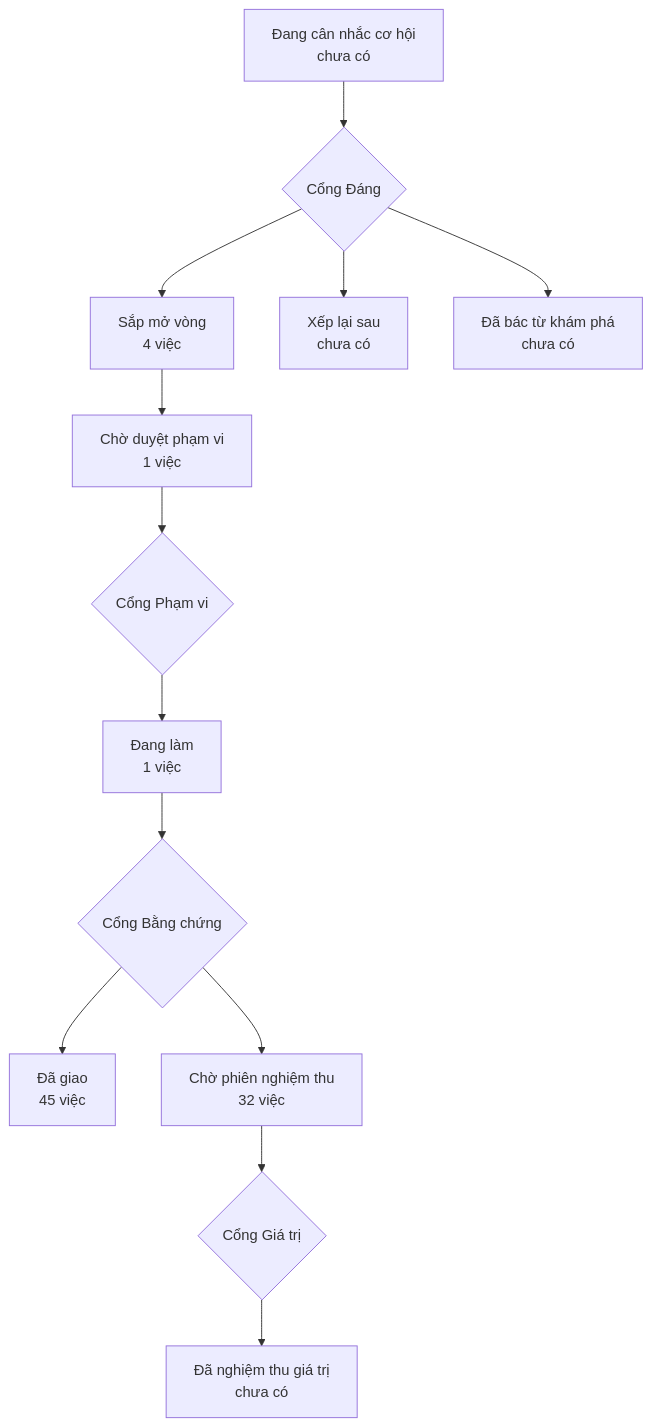
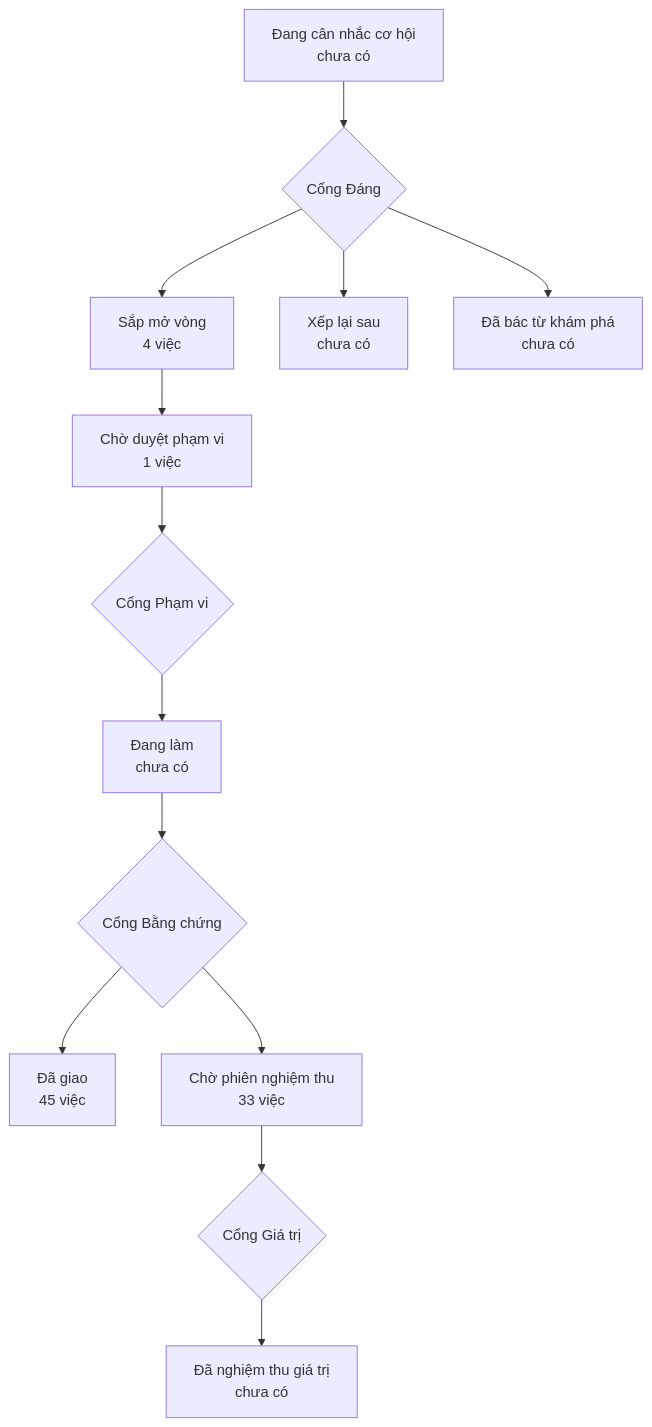
One commit to phanlemanh/onehub-invest changed the diagram in PRODUCT-MAP.md. Above: the diagram before and after it, drawn with Mermaid. The commit also changed other lines of this file and 4 other files, not shown here.

````diff
--- a/PRODUCT-MAP.md
+++ b/PRODUCT-MAP.md
@@ -7,12 +7,12 @@
 ```mermaid
 flowchart TD
   A["Đang cân nhắc cơ hội<br/>chưa có"] --> GD{"Cổng Đáng"}
   GD --> B["Sắp mở vòng<br/>4 việc"]
   GD --> XL["Xếp lại sau<br/>chưa có"]
   GD --> DB["Đã bác từ khám phá<br/>chưa có"]
   B --> CD["Chờ duyệt phạm vi<br/>1 việc"] --> GP{"Cổng Phạm vi"}
-  GP --> DL["Đang làm<br/>1 việc"] --> GB{"Cổng Bằng chứng"}
+  GP --> DL["Đang làm<br/>chưa có"] --> GB{"Cổng Bằng chứng"}
   GB --> DG["Đã giao<br/>45 việc"]
-  GB --> CN["Chờ phiên nghiệm thu<br/>32 việc"] --> GG{"Cổng Giá trị"}
+  GB --> CN["Chờ phiên nghiệm thu<br/>33 việc"] --> GG{"Cổng Giá trị"}
   GG --> NT["Đã nghiệm thu giá trị<br/>chưa có"]
 ```
````
